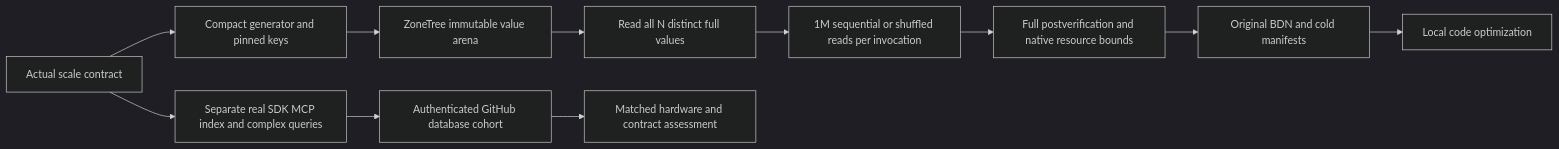
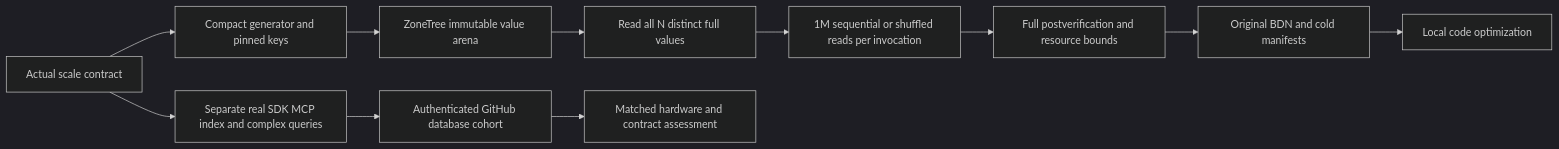
The diagram in docs/Features/BenchmarkComparisons/ScaledWorkloads.md (managedcode/KeyLoad), drawn with Mermaid (dark theme) before and after one commit. The commit also changed other lines of this file and 9016 other files, not shown here.

````diff
--- a/docs/Features/BenchmarkComparisons/ScaledWorkloads.md
+++ b/docs/Features/BenchmarkComparisons/ScaledWorkloads.md
@@ -36,13 +36,13 @@
 ```mermaid
 flowchart LR
     Rule[Actual scale contract] --> Corpus[Compact generator and pinned keys]
     Corpus --> Z[ZoneTree immutable value arena]
     Z --> Oracle[Read all N distinct full values]
     Oracle --> Calls[1M sequential or shuffled reads per invocation]
-    Calls --> Check[Full postverification and native resource bounds]
+    Calls --> Check[Full postverification and resource bounds]
     Check --> Originals[Original BDN and cold manifests]
     Originals --> Review[Local code optimization]
     Query --> Provider[Authenticated GitHub database cohort]
     Rule --> Query[Separate real SDK MCP index and complex queries]
     Provider --> Assessment[Matched hardware and contract assessment]
 ```
````
